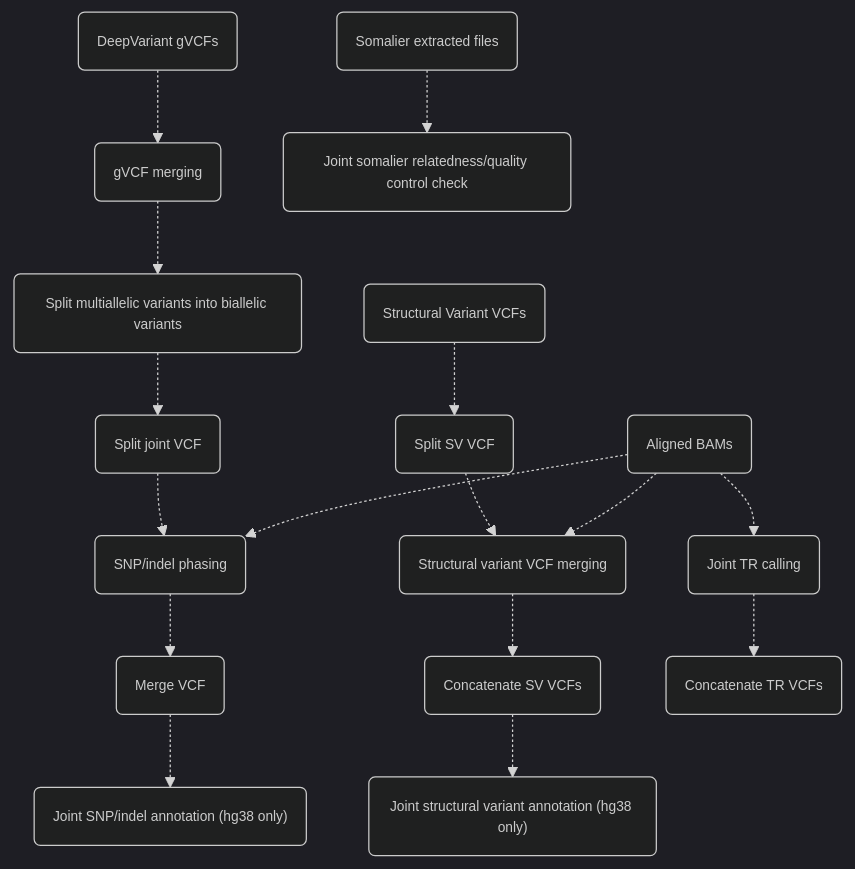
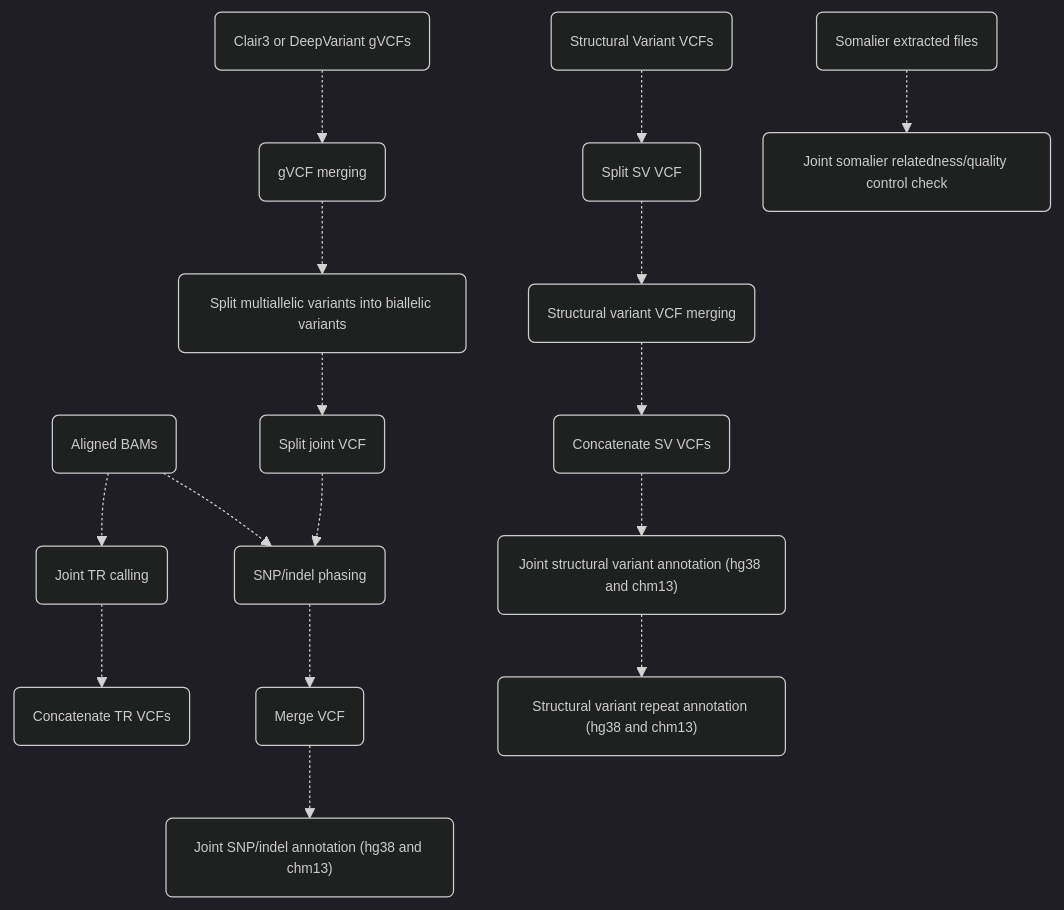
One commit to leahkemp/pipeface changed the diagram in docs/popface/info.md. Above: the diagram before and after it, drawn with Mermaid. The commit also changed other lines of this file and 22 other files, not shown here.

````diff
--- a/docs/popface/info.md
+++ b/docs/popface/info.md
@@ -5,30 +5,30 @@
 ```mermaid
 %%{init:{'theme':'dark','themeVariables':{'fontSize':'11px'}}}%%
 flowchart TB
 
-input_gvcf("DeepVariant gVCFs")
+input_gvcf("Clair3 or DeepVariant gVCFs")
 input_bam("Aligned BAMs")
 input_svs("Structural Variant VCFs")
 gvcf_merging("gVCF merging")
 joint_split_multiallele("Split multiallelic variants into biallelic variants")
 split_vcf("Split joint VCF")
 snp_indel_phasing("SNP/indel phasing")
 merge_vcf("Merge VCF")
-joint_snp_indel_annotation("Joint SNP/indel annotation (hg38 only)")
+joint_snp_indel_annotation("Joint SNP/indel annotation (hg38 and chm13)")
 split_sv_vcf("Split SV VCF")
 sv_vcf_merging("Structural variant VCF merging")
 concat_sv_vcf("Concatenate SV VCFs")
-joint_sv_annotation("Joint structural variant annotation (hg38 only)")
+joint_sv_annotation("Joint structural variant annotation (hg38 and chm13)")
+sv_repeat_annotation("Structural variant repeat annotation (hg38 and chm13)")
 joint_tr_calling("Joint TR calling")
 concat_tr_vcf("Concatenate TR VCFs")
 input_somalier("Somalier extracted files")
 joint_somalier("Joint somalier relatedness/quality control check")
 
 input_gvcf-.->gvcf_merging-.->joint_split_multiallele-.->split_vcf-.->snp_indel_phasing-.->merge_vcf-.->joint_snp_indel_annotation
 input_bam-.->snp_indel_phasing
-input_svs-.->split_sv_vcf-.->sv_vcf_merging-.->concat_sv_vcf-.->joint_sv_annotation
-input_bam-.->sv_vcf_merging
+input_svs-.->split_sv_vcf-.->sv_vcf_merging-.->concat_sv_vcf-.->joint_sv_annotation-.->sv_repeat_annotation
 input_bam-.->joint_tr_calling-.->concat_tr_vcf
 input_somalier-.->joint_somalier
 
 ```
````
